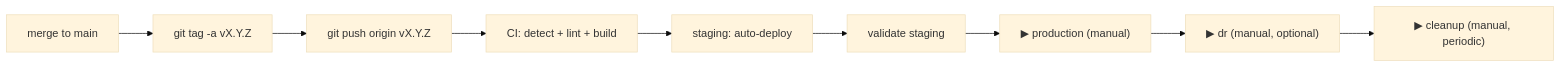
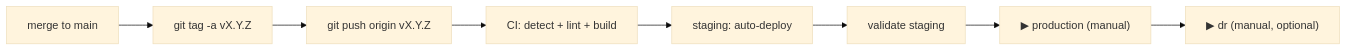
One commit to OpenClawXX/Zabbix_Portal changed the diagram in RELEASING.md. Above: the diagram before and after it, drawn with Mermaid (base theme). The commit also changed other lines of this file and 47 other files, not shown here.

Commit message:
added more functionality: graphs, notification,metrics, ect

````diff
--- a/RELEASING.md
+++ b/RELEASING.md
@@ -40,11 +45,10 @@
 ```mermaid
 flowchart LR
     A["merge to main"] --> B["git tag -a vX.Y.Z"]
     B --> C["git push origin vX.Y.Z"]
     C --> D["CI: detect + lint + build"]
     D --> E["staging: auto-deploy"]
     E --> F["validate staging"]
     F --> G["▶ production (manual)"]
     G --> H["▶ dr (manual, optional)"]
-    H --> I["▶ cleanup (manual, periodic)"]
 ```
````
